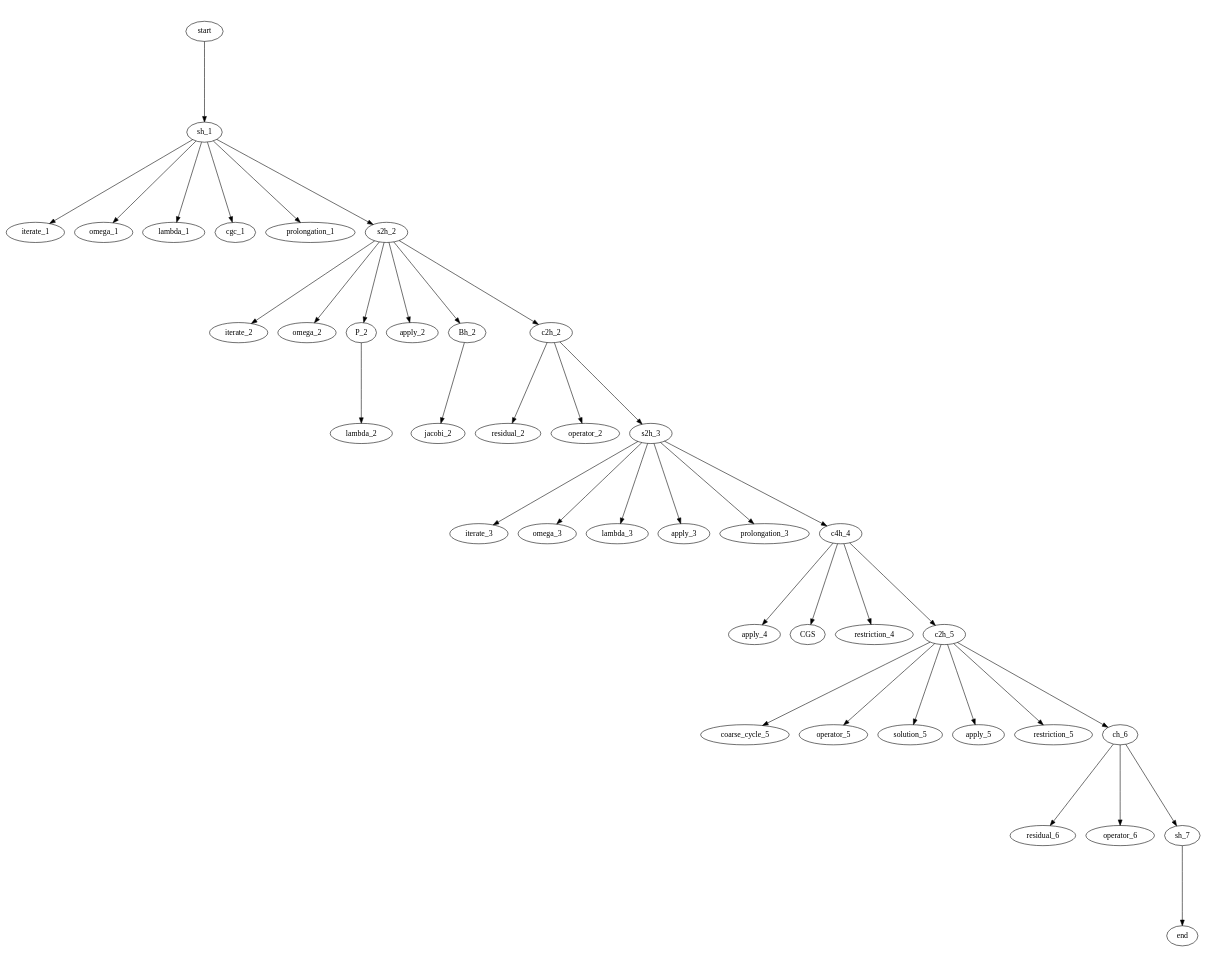
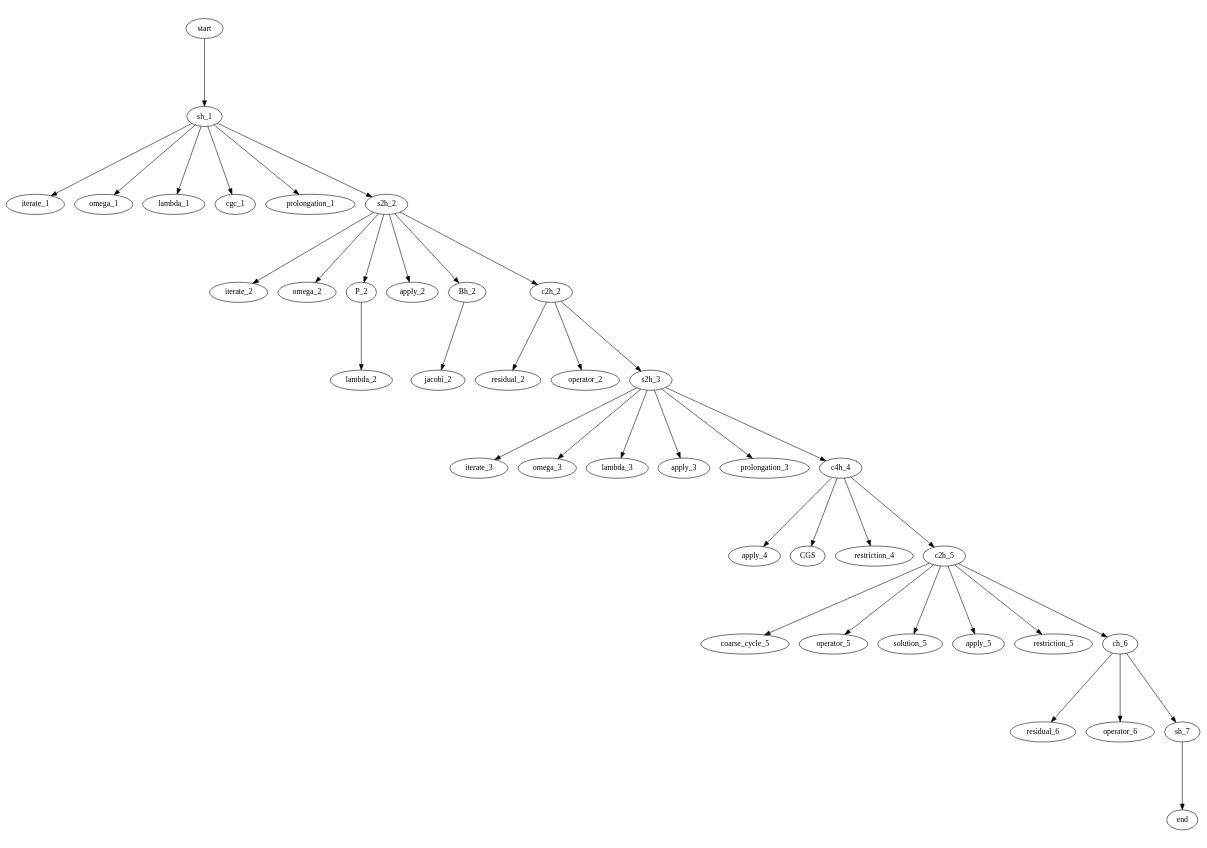
Before and after one commit to jonas-schmitt/thesis: the diagram in tree_generation_scripts/three_grid_method_grammar_tree.dot, drawn with Graphviz. The commit also changed 1 other file, not shown here.

```diff
--- a/tree_generation_scripts/three_grid_method_grammar_tree.dot
+++ b/tree_generation_scripts/three_grid_method_grammar_tree.dot
@@ -1,85 +1,85 @@
 digraph G {  
-  ratio=0.8;
+  ratio=0.7;
   ordering=in ;
   start [texlbl="$\langle S \rangle$"];
   start -> sh_1
   sh_1 [texlbl="$\langle s_h\rangle$"];
   sh_1 -> iterate_1
   sh_1 -> omega_1
   sh_1 -> lambda_1
   sh_1 -> cgc_1
   sh_1 -> prolongation_1
   sh_1 -> s2h_2
   iterate_1 [texlbl="\textsc{iterate}"];
   omega_1 [texlbl="$1.0$"];
   lambda_1 [texlbl="$\lambda$"];
   cgc_1 [texlbl="\textsc{cgc}"];
   prolongation_1 [texlbl="$I_{2h}^h$"];
   s2h_2 [texlbl="$\langle s_{2h}\rangle$"];
   s2h_2 -> iterate_2
   iterate_2 [texlbl="\textsc{iterate}"];
   s2h_2 -> omega_2
   omega_2 [texlbl="$0.6$"];
   s2h_2 -> P_2
   P_2 [texlbl="$\langle \mathcal P \rangle$"];
   P_2 -> lambda_2
   lambda_2 [texlbl="$\lambda$"];
   s2h_2 -> apply_2
   apply_2 [texlbl="\textsc{apply}"];
   s2h_2 -> Bh_2
   Bh_2 [texlbl="$\langle B_{2h} \rangle$"];
   Bh_2 -> jacobi_2
   jacobi_2 [texlbl="$D_{2h}^{-1}$"];
   s2h_2 -> c2h_2
 
   c2h_2 [texlbl="$\langle c_{2h} \rangle$"];
   c2h_2 -> residual_2
   residual_2 [texlbl="\textsc{residual}"];
   c2h_2 -> operator_2
   operator_2 [texlbl="$A_{2h}$"];
   c2h_2 -> s2h_3
   s2h_3 [texlbl="$\langle s_{2h}\rangle$"]; 
   s2h_3 -> iterate_3
   iterate_3 [texlbl="\textsc{iterate}"];
   s2h_3 -> omega_3
   omega_3 [texlbl="$1.0$"];
   s2h_3 -> lambda_3
   lambda_3 [texlbl="$\lambda$"];
   s2h_3 -> apply_3
   apply_3 [texlbl="\textsc{apply}"];
   s2h_3 -> prolongation_3
   prolongation_3 [texlbl="$I_{4h}^{2h}$"];
   s2h_3 -> c4h_4
   c4h_4 [texlbl="$\langle c_{4h} \rangle$"];
   apply_4 [texlbl="\textsc{apply}"];
   c4h_4 -> CGS
   CGS [texlbl="$A_{4h}^{-1}$"];
   c4h_4 -> apply_4
   apply_4 [texlbl="\textsc{apply}"];
   c4h_4 -> restriction_4
   restriction_4 [texlbl="$I_{2h}^{4h}$"];
   c4h_4 -> c2h_5
   c2h_5 [texlbl="$\langle c_{2h} \rangle$"];
   c2h_5 -> coarse_cycle_5
   coarse_cycle_5 [texlbl="\textsc{cge}"];
   c2h_5 -> operator_5
   operator_5 [texlbl="$A_{2h}$"];
   c2h_5 -> solution_5
   solution_5 [texlbl="$x^0_{2h}$"];
   c2h_5 -> apply_5
   apply_5 [texlbl="\textsc{apply}"];
   c2h_5 -> restriction_5
   restriction_5 [texlbl="$I_{h}^{2h}$"];
   c2h_5 -> ch_6
   ch_6 [texlbl="$\langle c_{h} \rangle$"];
   ch_6 -> residual_6
   residual_6 [texlbl="\textsc{residual}"];
   ch_6 -> operator_6
   operator_6 [texlbl="$A_{h}$"];
   ch_6 -> sh_7
   sh_7 [texlbl="$\langle s_{h} \rangle$"];
   sh_7 -> end
   
   
   end [texlbl="$(x_h^0, b_h, \lambda, \lambda)$"];
 }
```
